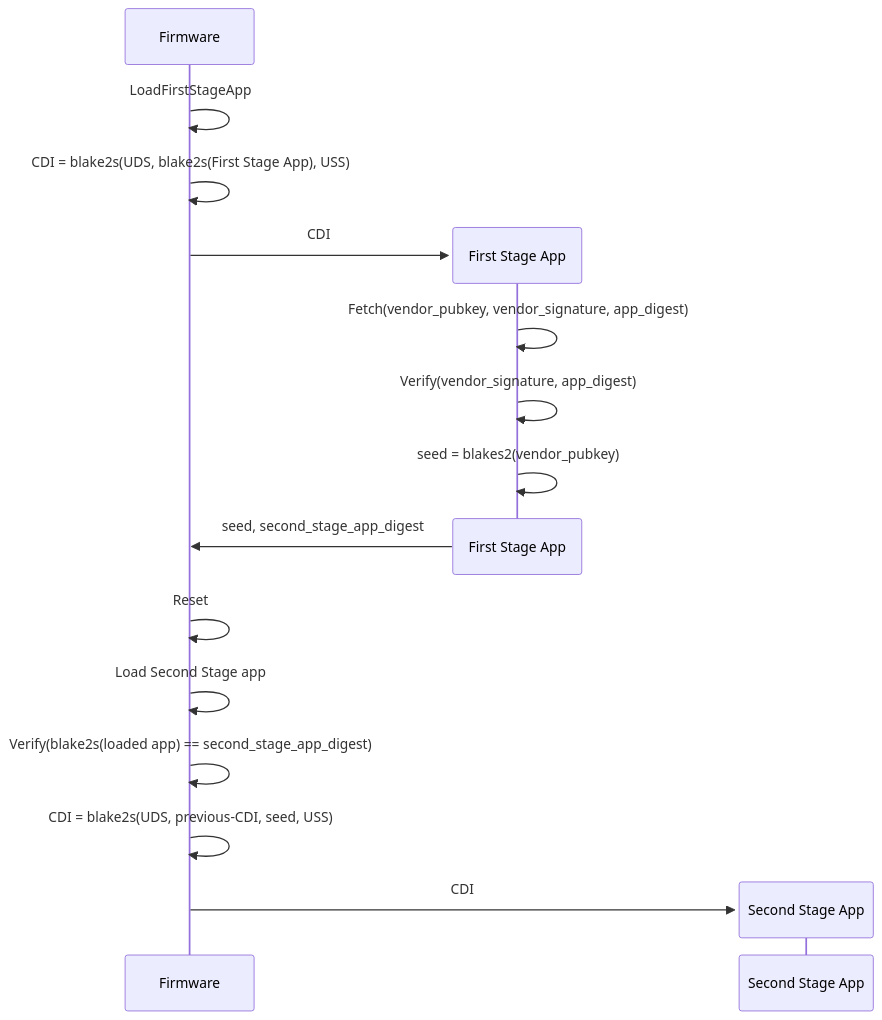
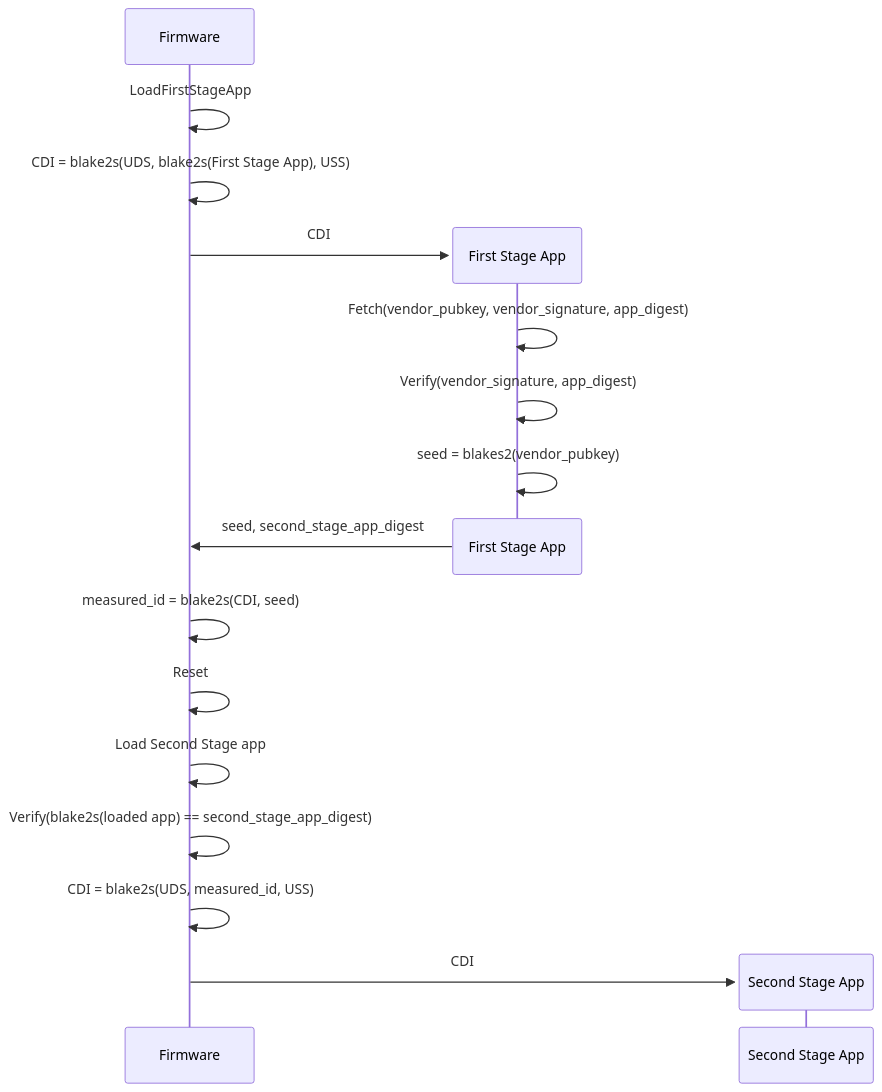
The first of 3 diagrams in doc/design.md (tillitis/tkey-boot-verifier), drawn with Mermaid before and after one commit. The commit also changed other lines of this file, not shown here.

````diff
--- a/doc/design.md
+++ b/doc/design.md
@@ -146,18 +133,19 @@
 ```mermaid
 sequenceDiagram
     Firmware->>Firmware: LoadFirstStageApp
     Firmware->>Firmware: CDI = blake2s(UDS, blake2s(First Stage App), USS)
     create participant First Stage App
     Firmware->>First Stage App: CDI
     First Stage App->>First Stage App: Fetch(vendor_pubkey, vendor_signature, app_digest)
     First Stage App->>First Stage App: Verify(vendor_signature, app_digest)
     First Stage App->>First Stage App: seed = blakes2(vendor_pubkey)
     destroy First Stage App
     First Stage App->>Firmware: seed, second_stage_app_digest
+    Firmware->>Firmware: measured_id = blake2s(CDI, seed)
     Firmware->>Firmware: Reset
     Firmware->>Firmware: Load Second Stage app
     Firmware->>Firmware: Verify(blake2s(loaded app) == second_stage_app_digest)
-    Firmware->>Firmware: CDI = blake2s(UDS, previous-CDI, seed, USS)
+    Firmware->>Firmware: CDI = blake2s(UDS, measured_id, USS)
     create participant Second Stage App
     Firmware->>Second Stage App: CDI
 ```
````
